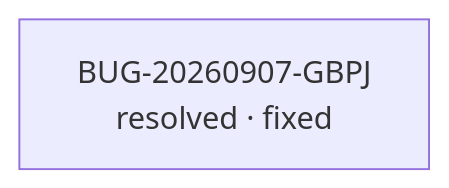
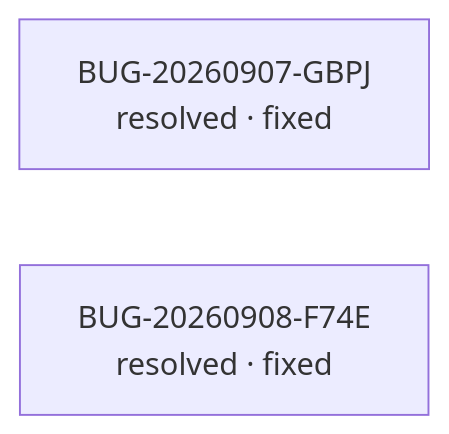
One commit to afsjr/secretaria_escola_csm changed the diagram in _reversa_bugs/emissao-documentos-pdf/generated/graph.md. Above: the diagram before and after it, drawn with Mermaid. The commit also changed other lines of this file and 14 other files, not shown here.

````diff
--- a/_reversa_bugs/emissao-documentos-pdf/generated/graph.md
+++ b/_reversa_bugs/emissao-documentos-pdf/generated/graph.md
@@ -7,4 +7,5 @@
 ```mermaid
 graph LR
     B1["BUG-20260907-GBPJ<br/>resolved · fixed"]
+    B2["BUG-20260908-F74E<br/>resolved · fixed"]
 ```
````
